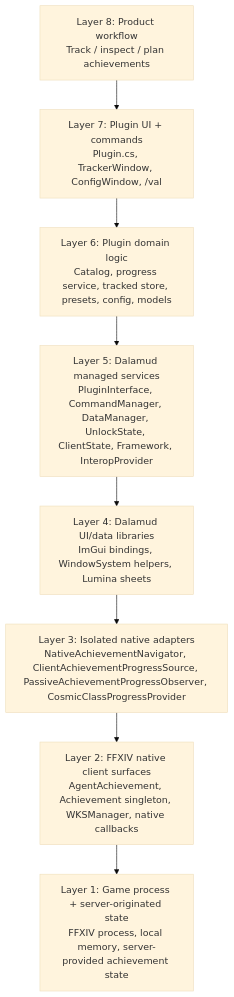
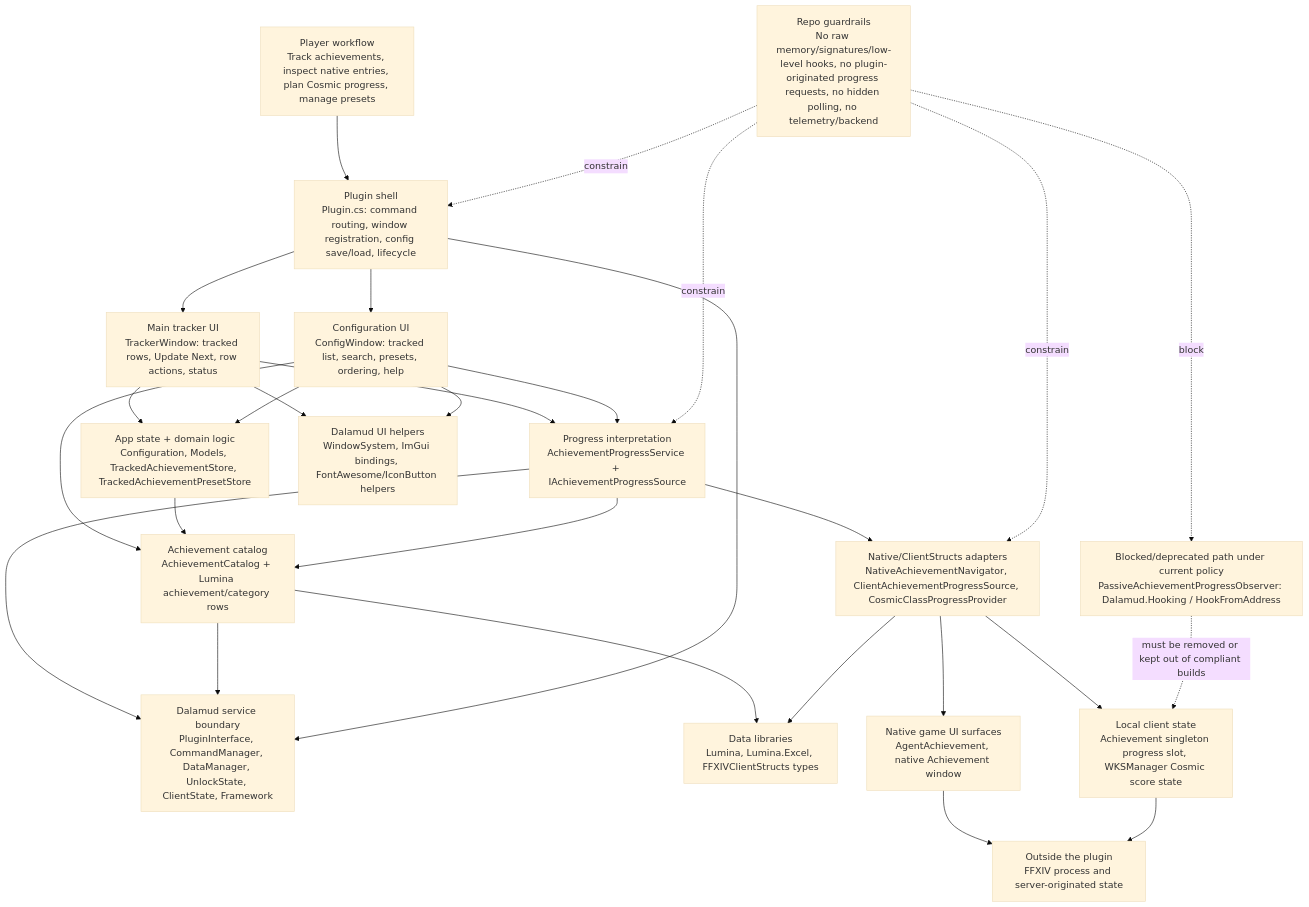
One commit to vauxra/veelas-achievement-ledger changed the diagram in wiki-export/Dalamud-layer-model.md. Above: the diagram before and after it, drawn with Mermaid (base theme). The commit also changed other lines of this file and 3 other files, not shown here.

````diff
--- a/wiki-export/Dalamud-layer-model.md
+++ b/wiki-export/Dalamud-layer-model.md
@@ -81,13 +42,53 @@
 ```mermaid
 flowchart TB
-    L8["Layer 8: Product workflow\nTrack / inspect / plan achievements"]
-    L7["Layer 7: Plugin UI + commands\nPlugin.cs, TrackerWindow, ConfigWindow, /val"]
-    L6["Layer 6: Plugin domain logic\nCatalog, progress service, tracked store, presets, config, models"]
-    L5["Layer 5: Dalamud managed services\nPluginInterface, CommandManager, DataManager, UnlockState, ClientState, Framework, InteropProvider"]
-    L4["Layer 4: Dalamud UI/data libraries\nImGui bindings, WindowSystem helpers, Lumina sheets"]
-    L3["Layer 3: Isolated native adapters\nNativeAchievementNavigator, ClientAchievementProgressSource, PassiveAchievementProgressObserver, CosmicClassProgressProvider"]
-    L2["Layer 2: FFXIV native client surfaces\nAgentAchievement, Achievement singleton, WKSManager, native callbacks"]
-    L1["Layer 1: Game process + server-originated state\nFFXIV process, local memory, server-provided achievement state"]
+    Player["Player workflow\nTrack achievements, inspect native entries, plan Cosmic progress, manage presets"]
 
-    L8 --> L7 --> L6 --> L5 --> L4 --> L3 --> L2 --> L1
+    Shell["Plugin shell\nPlugin.cs: command routing, window registration, config save/load, lifecycle"]
+    MainUI["Main tracker UI\nTrackerWindow: tracked rows, Update Next, row actions, status"]
+    ConfigUI["Configuration UI\nConfigWindow: tracked list, search, presets, ordering, help"]
+
+    State["App state + domain logic\nConfiguration, Models, TrackedAchievementStore, TrackedAchievementPresetStore"]
+    Catalog["Achievement catalog\nAchievementCatalog + Lumina achievement/category rows"]
+    Progress["Progress interpretation\nAchievementProgressService + IAchievementProgressSource"]
+
+    DalamudServices["Dalamud service boundary\nPluginInterface, CommandManager, DataManager, UnlockState, ClientState, Framework"]
+    UiLibs["Dalamud UI helpers\nWindowSystem, ImGui bindings, FontAwesome/IconButton helpers"]
+    DataLibs["Data libraries\nLumina, Lumina.Excel, FFXIVClientStructs types"]
+
+    NativeAdapters["Native/ClientStructs adapters\nNativeAchievementNavigator, ClientAchievementProgressSource, CosmicClassProgressProvider"]
+    BlockedAdapter["Blocked/deprecated path under current policy\nPassiveAchievementProgressObserver: Dalamud.Hooking / HookFromAddress"]
+
+    GameUi["Native game UI surfaces\nAgentAchievement, native Achievement window"]
+    GameState["Local client state\nAchievement singleton progress slot, WKSManager Cosmic score state"]
+    External["Outside the plugin\nFFXIV process and server-originated state"]
+
+    Guardrails["Repo guardrails\nNo raw memory/signatures/low-level hooks, no plugin-originated progress requests, no hidden polling, no telemetry/backend"]
+
+    Player --> Shell
+    Shell --> MainUI
+    Shell --> ConfigUI
+    MainUI --> State
+    ConfigUI --> State
+    MainUI --> Progress
+    ConfigUI --> Catalog
+    ConfigUI --> Progress
+    State --> Catalog
+    Progress --> Catalog
+    Progress --> DalamudServices
+    Catalog --> DalamudServices
+    Shell --> DalamudServices
+    MainUI --> UiLibs
+    ConfigUI --> UiLibs
+    Catalog --> DataLibs
+    NativeAdapters --> DataLibs
+    Progress --> NativeAdapters
+    NativeAdapters --> GameUi
+    NativeAdapters --> GameState
+    BlockedAdapter -. must be removed or kept out of compliant builds .-> GameState
+    GameUi --> External
+    GameState --> External
+    Guardrails -. constrain .-> Shell
+    Guardrails -. constrain .-> Progress
+    Guardrails -. constrain .-> NativeAdapters
+    Guardrails -. block .-> BlockedAdapter
 ```
````
